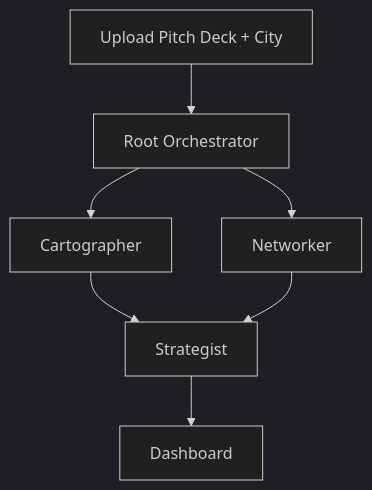
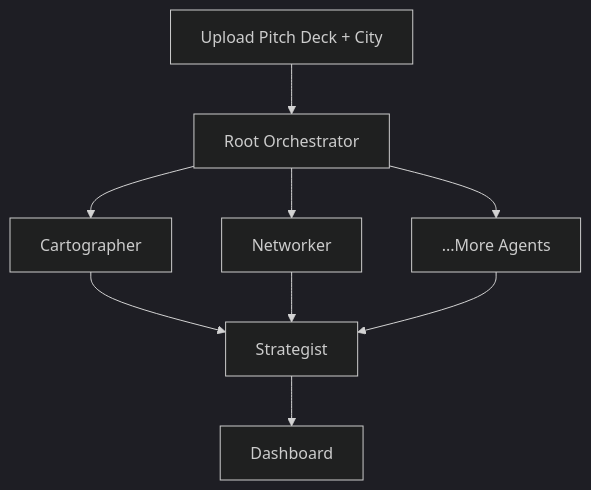
One commit to Tanayshri123/googleio changed the first of 2 diagrams in slides.md. Above: the diagram before and after it, drawn with Mermaid (dark theme). The commit also changed other lines of this file and 28 other files, not shown here.

````diff
--- a/slides.md
+++ b/slides.md
@@ -70,9 +70,11 @@
 ```mermaid
 flowchart TD
   U[Upload Pitch Deck + City] --> O[Root Orchestrator]
   O --> C[Cartographer]
   O --> N[Networker]
+  O --> F["...More Agents"]
   C --> S[Strategist]
   N --> S
+  F --> S
   S --> D[Dashboard]
 ```
````
